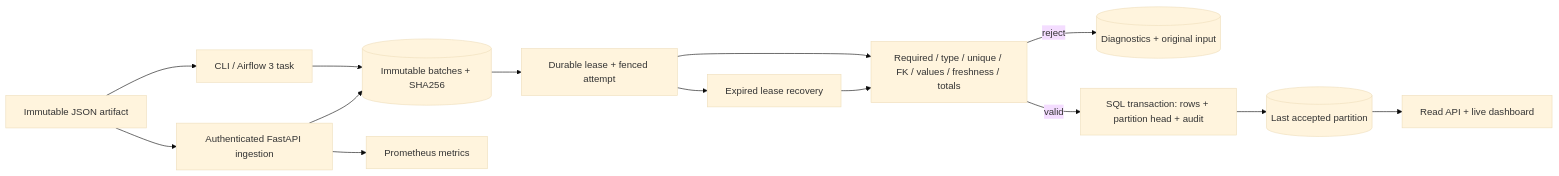
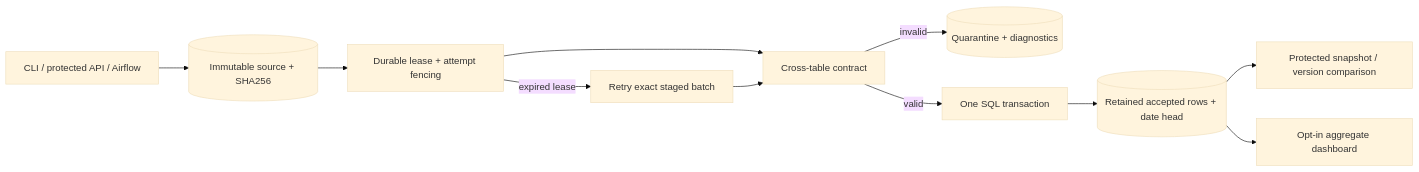
The diagram in README.md (9059Rohith/dataguard), drawn with Mermaid (base theme) before and after one commit. The commit also changed other lines of this file and 24 other files, not shown here.

Commit message:
feat: compare accepted versions with protected SQL change summaries

````diff
--- a/README.md
+++ b/README.md
@@ -15,16 +21,13 @@
 ```mermaid
 flowchart LR
-  Source[Immutable JSON artifact] --> CLI[CLI / Airflow 3 task]
-  Source --> API[Authenticated FastAPI ingestion]
-  CLI --> Stage[(Immutable batches + SHA256)]
-  API --> Stage
-  Stage --> Claim[Durable lease + fenced attempt]
-  Claim --> Contract[Required / type / unique / FK / values / freshness / totals]
-  Contract -->|reject| Quarantine[(Diagnostics + original input)]
-  Contract -->|valid| TX[SQL transaction: rows + partition head + audit]
-  TX --> Published[(Last accepted partition)]
-  Published --> Read[Read API + live dashboard]
-  Claim --> Recovery[Expired lease recovery]
-  Recovery --> Contract
-  API --> Metrics[Prometheus metrics]
+  Input[CLI / protected API / Airflow] --> Stage[(Immutable source + SHA256)]
+  Stage --> Claim[Durable lease + attempt fencing]
+  Claim --> Contract[Cross-table contract]
+  Contract -->|invalid| Reject[(Quarantine + diagnostics)]
+  Contract -->|valid| Publish[One SQL transaction]
+  Publish --> Versions[(Retained accepted rows + date head)]
+  Versions --> Read[Protected snapshot / version comparison]
+  Versions --> Demo[Opt-in aggregate dashboard]
+  Claim -->|expired lease| Retry[Retry exact staged batch]
+  Retry --> Contract
 ```
````
